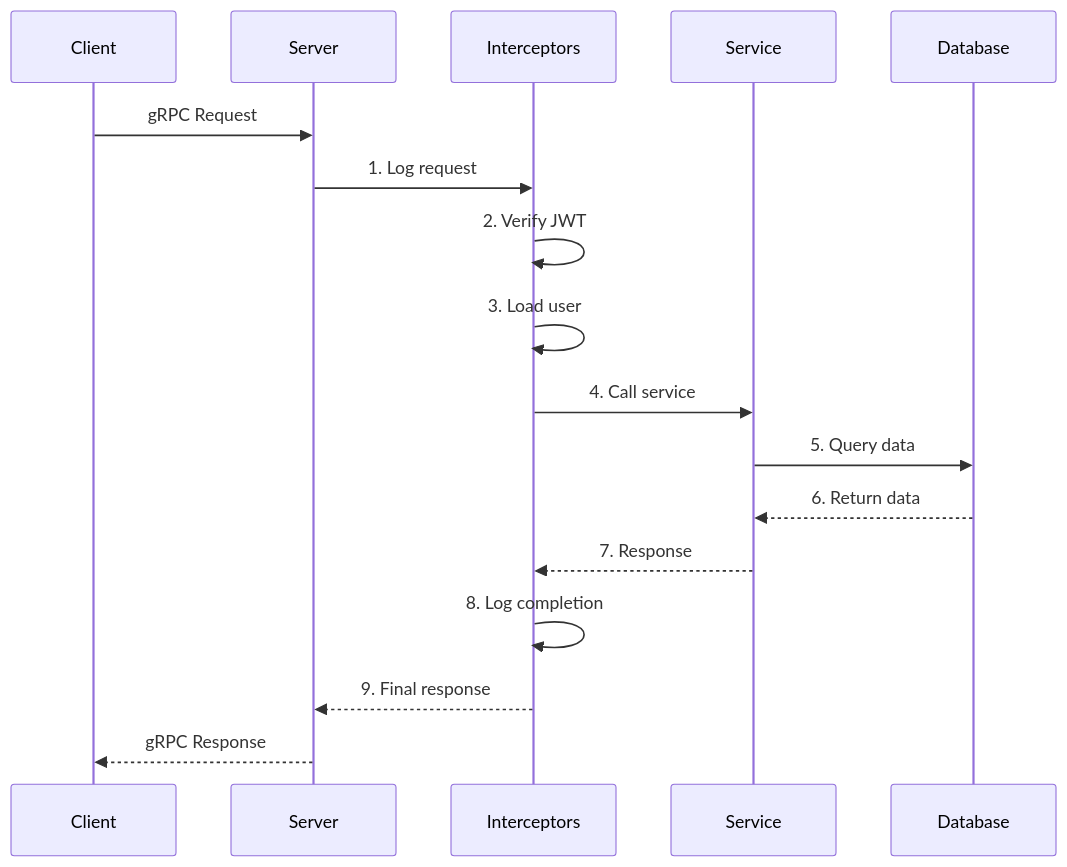
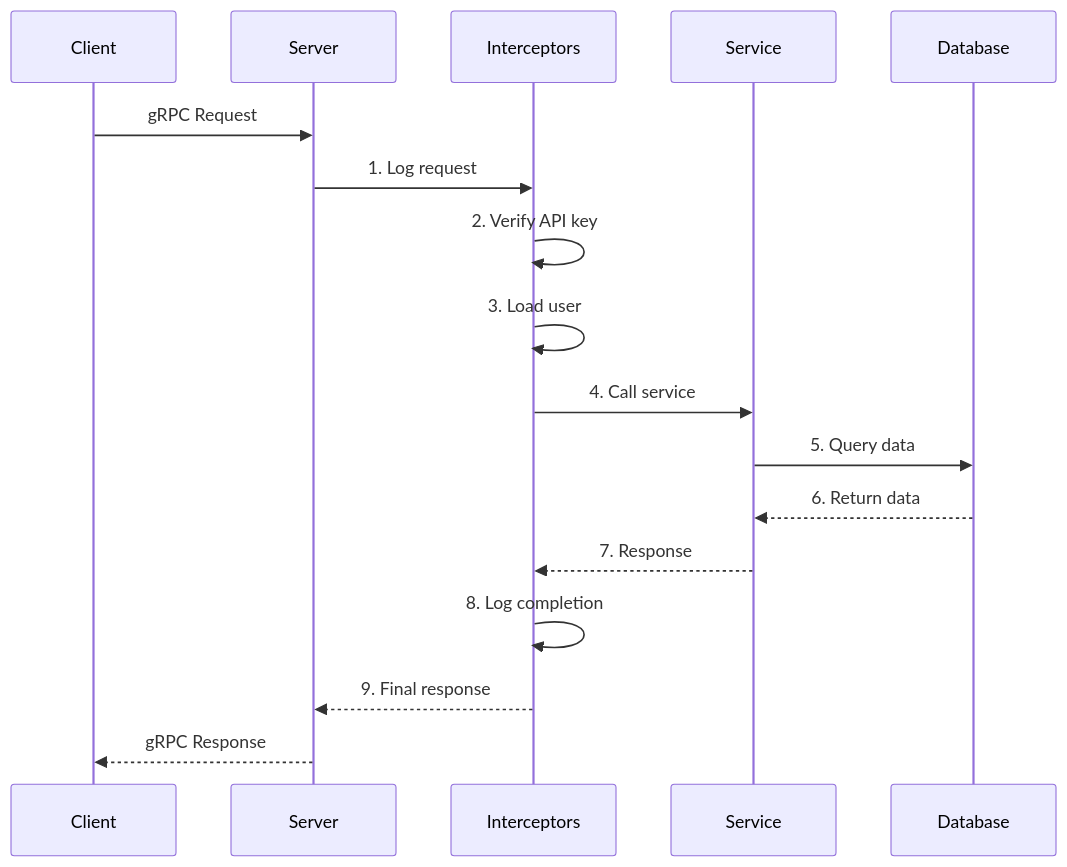
One commit to markolofsen/django-cfg changed the second of 7 diagrams in docs/features/integrations/grpc/concepts.md. Above: the diagram before and after it, drawn with Mermaid. The commit also changed other lines of this file and 41 other files, not shown here.

````diff
--- a/docs/features/integrations/grpc/concepts.md
+++ b/docs/features/integrations/grpc/concepts.md
@@ -74,20 +73,20 @@
 ```mermaid
 sequenceDiagram
     participant C as Client
     participant S as Server
     participant I as Interceptors
     participant SV as Service
     participant DB as Database
 
     C->>S: gRPC Request
     S->>I: 1. Log request
-    I->>I: 2. Verify JWT
+    I->>I: 2. Verify API key
     I->>I: 3. Load user
     I->>SV: 4. Call service
     SV->>DB: 5. Query data
     DB-->>SV: 6. Return data
     SV-->>I: 7. Response
     I->>I: 8. Log completion
     I-->>S: 9. Final response
     S-->>C: gRPC Response
 ```
````
